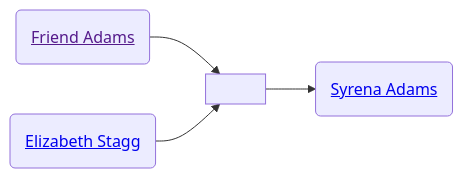
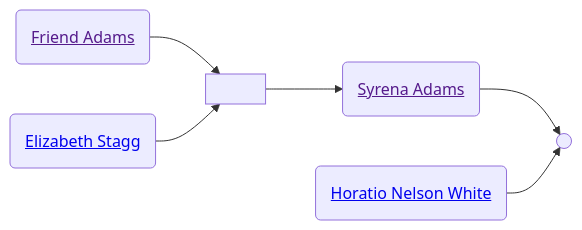
One commit to neelsmith/avocational changed the diagram in familyhistory/sources/people/Merrill-line/White-line/Friend_Adams.qmd. Above: the diagram before and after it, drawn with Mermaid. The commit also changed 77 other files, not shown here.

````diff
--- a/familyhistory/sources/people/Merrill-line/White-line/Friend_Adams.qmd
+++ b/familyhistory/sources/people/Merrill-line/White-line/Friend_Adams.qmd
@@ -26,11 +26,14 @@
 ```{mermaid}
 graph LR
 class Friend_Adams_and_Elizabeth_Stagg marriage
 Friend_Adams(<a href=''>Friend Adams</>) --> Friend_Adams_and_Elizabeth_Stagg[ ]
 Elizabeth_Stagg(<a href='./Elizabeth_Stagg.html'>Elizabeth Stagg</>) --> Friend_Adams_and_Elizabeth_Stagg(( ))
 Friend_Adams_and_Elizabeth_Stagg[ ] --> Syrena_Adams(<a href='./Syrena_Adams.html'>Syrena Adams</>)
+class Syrena_Adams_and_Horatio_Nelson_White marriage
+Syrena_Adams(<a href=''>Syrena Adams</>) --> Syrena_Adams_and_Horatio_Nelson_White[ ]
+Horatio_Nelson_White(<a href='./Horatio_Nelson_White.html'>Horatio Nelson White</>) --> Syrena_Adams_and_Horatio_Nelson_White(( ))
 classDef mother fill:#ffd1dc
 classDef father fill:#daf0f7  
 classDef marriage fill:#ffffff
 
 ```
````
